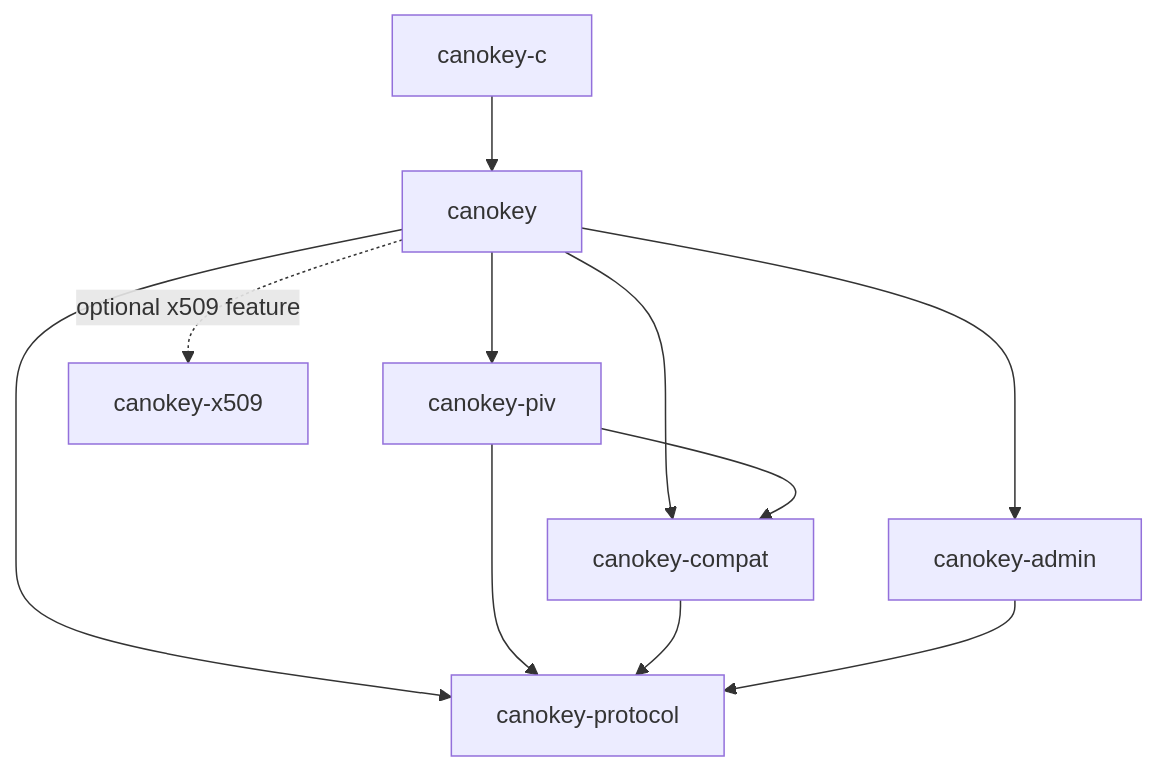
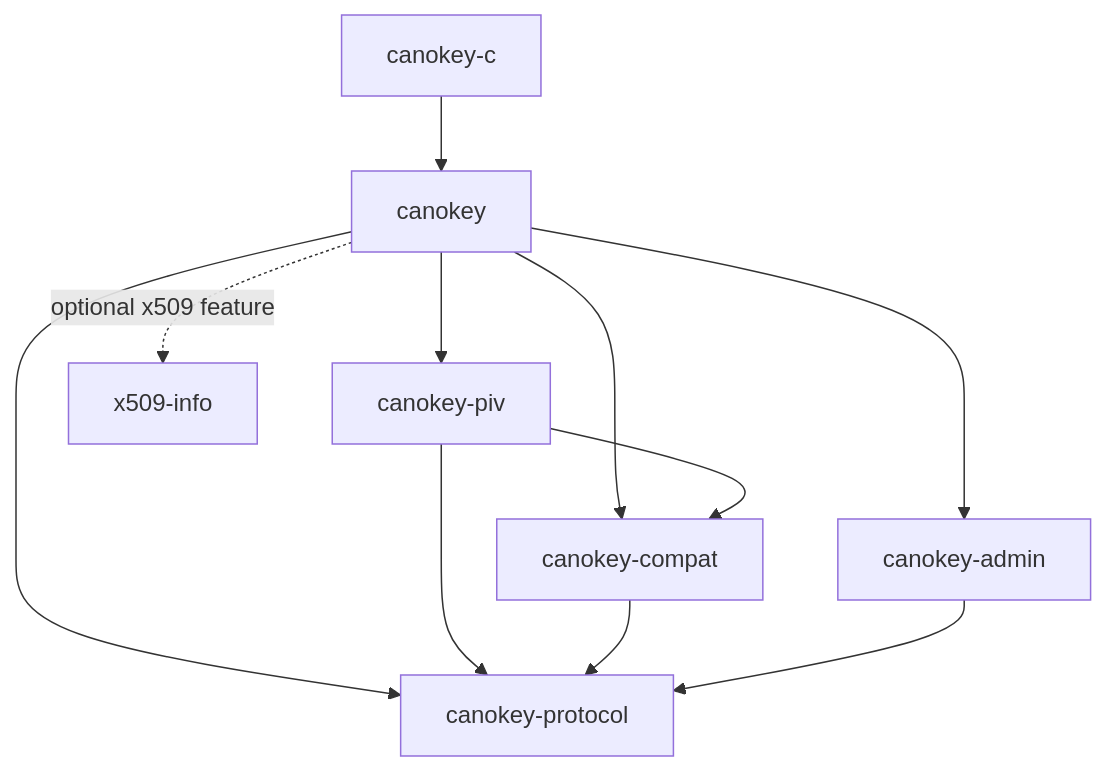
The diagram in .history/workspace/README.md (canokeys/x509-info), drawn with Mermaid before and after one commit. The commit also changed other lines of this file and 12 other files, not shown here.

````diff
--- a/.history/workspace/README.md
+++ b/.history/workspace/README.md
@@ -21,13 +21,13 @@
 ```mermaid
 graph TD
     C[canokey-c] --> F[canokey]
     F --> A[canokey-admin]
     F --> P[canokey-piv]
     F --> K[canokey-compat]
     F --> R[canokey-protocol]
-    F -. optional x509 feature .-> X[canokey-x509]
+    F -. optional x509 feature .-> X[x509-info]
     P --> K
     P --> R
     K --> R
     A --> R
 ```
````
